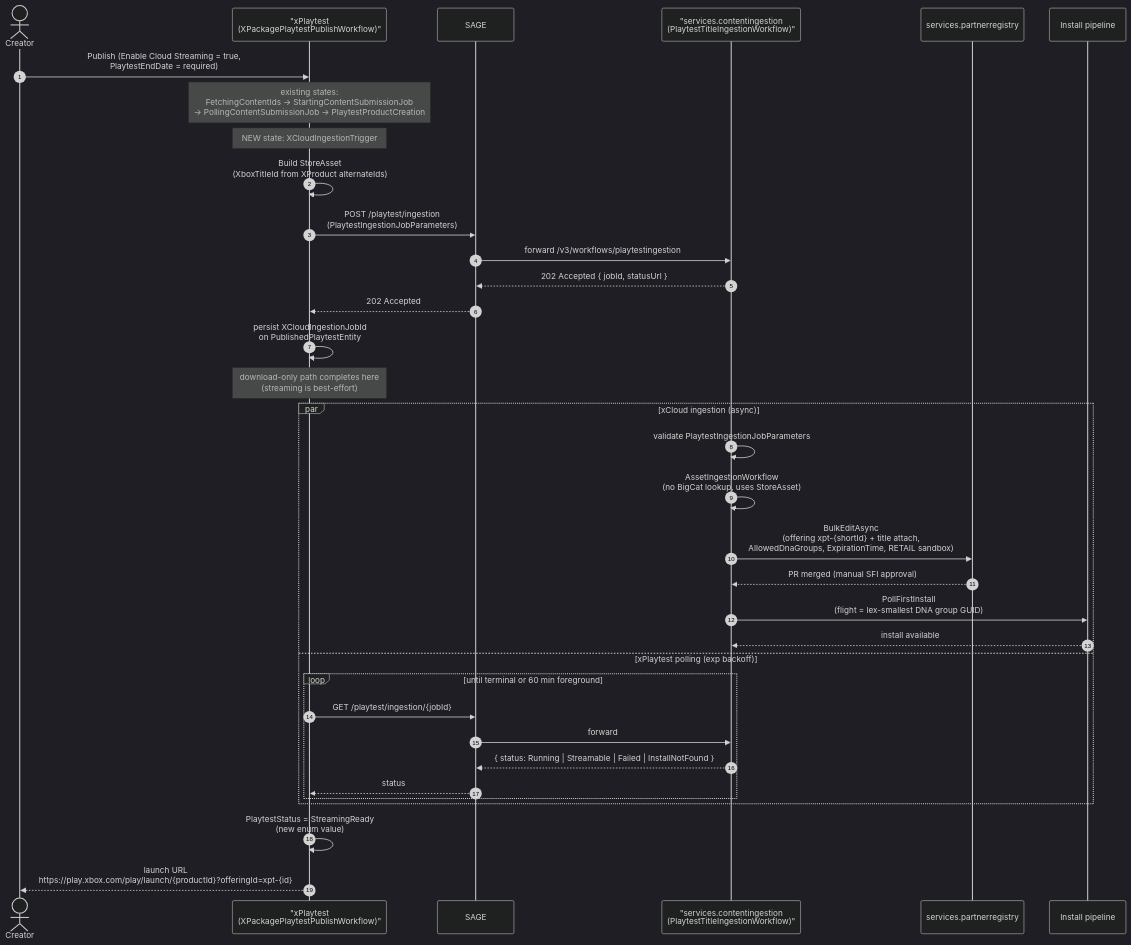
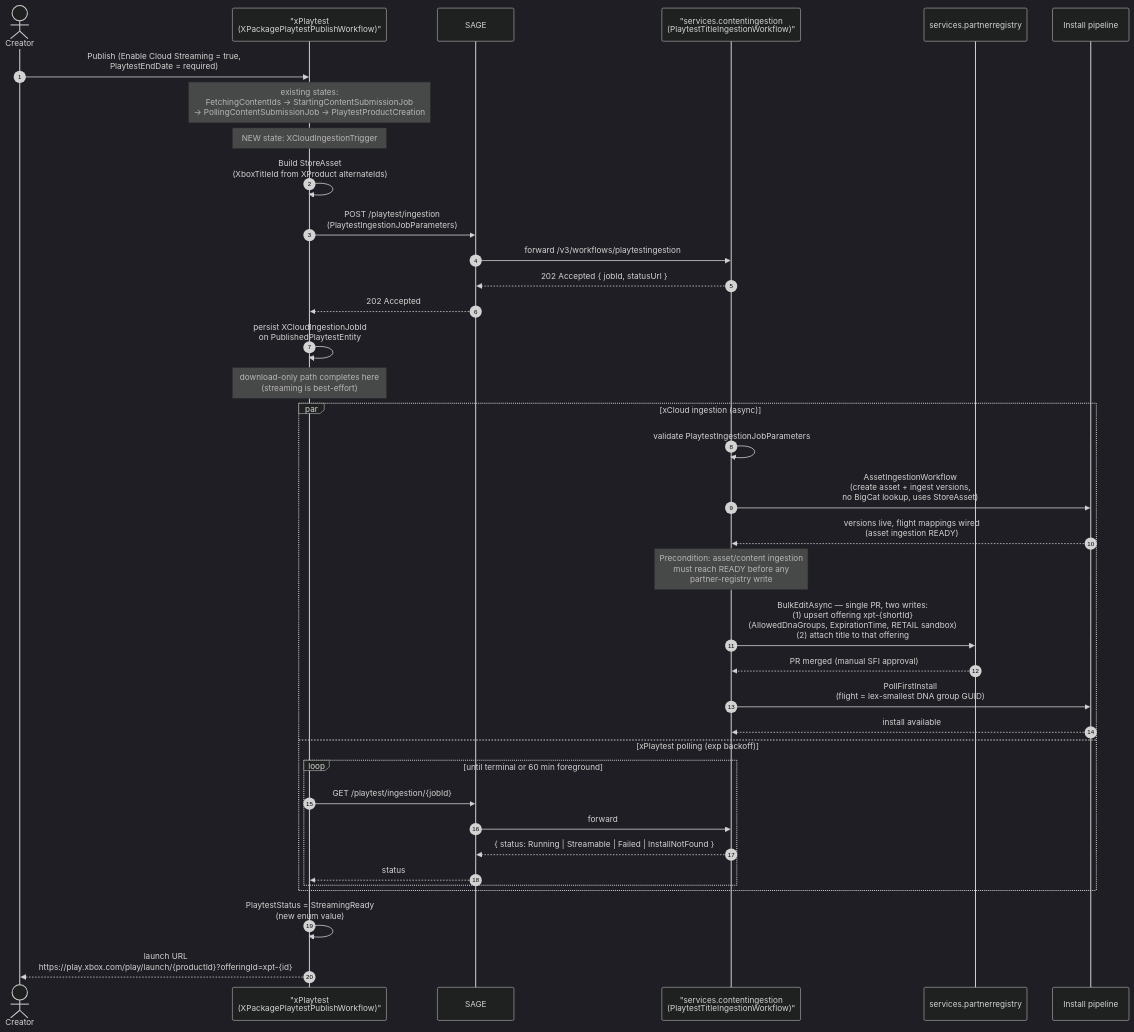
Before and after one commit to t-melanichen/cloud-playtest-implementation: the second of 8 diagrams in DIAGRAMS.md, drawn with Mermaid (dark theme). The commit also changed 1 other file, not shown here.

````diff
--- a/DIAGRAMS.md
+++ b/DIAGRAMS.md
@@ -46,42 +46,44 @@
 ```mermaid
 sequenceDiagram
     autonumber
     actor Creator
     participant XPT as "xPlaytest<br/>(XPackagePlaytestPublishWorkflow)"
     participant SAGE
     participant CI as "services.contentingestion<br/>(PlaytestTitleIngestionWorkflow)"
     participant PR as services.partnerregistry
     participant SUCU as Install pipeline
 
     Creator->>XPT: Publish (Enable Cloud Streaming = true,<br/>PlaytestEndDate = required)
     Note over XPT: existing states:<br/>FetchingContentIds → StartingContentSubmissionJob<br/>→ PollingContentSubmissionJob → PlaytestProductCreation
     Note over XPT: NEW state: XCloudIngestionTrigger
 
     XPT->>XPT: Build StoreAsset<br/>(XboxTitleId from XProduct alternateIds)
     XPT->>SAGE: POST /playtest/ingestion<br/>(PlaytestIngestionJobParameters)
     SAGE->>CI: forward /v3/workflows/playtestingestion
     CI-->>SAGE: 202 Accepted { jobId, statusUrl }
     SAGE-->>XPT: 202 Accepted
 
     XPT->>XPT: persist XCloudIngestionJobId<br/>on PublishedPlaytestEntity
     Note over XPT: download-only path completes here<br/>(streaming is best-effort)
 
     par xCloud ingestion (async)
         CI->>CI: validate PlaytestIngestionJobParameters
-        CI->>CI: AssetIngestionWorkflow<br/>(no BigCat lookup, uses StoreAsset)
-        CI->>PR: BulkEditAsync<br/>(offering xpt-{shortId} + title attach,<br/>AllowedDnaGroups, ExpirationTime, RETAIL sandbox)
+        CI->>SUCU: AssetIngestionWorkflow<br/>(create asset + ingest versions,<br/>no BigCat lookup, uses StoreAsset)
+        SUCU-->>CI: versions live, flight mappings wired<br/>(asset ingestion READY)
+        Note over CI: Precondition: asset/content ingestion<br/>must reach READY before any<br/>partner-registry write
+        CI->>PR: BulkEditAsync — single PR, two writes:<br/>(1) upsert offering xpt-{shortId}<br/>(AllowedDnaGroups, ExpirationTime, RETAIL sandbox)<br/>(2) attach title to that offering
         PR-->>CI: PR merged (manual SFI approval)
         CI->>SUCU: PollFirstInstall<br/>(flight = lex-smallest DNA group GUID)
         SUCU-->>CI: install available
     and xPlaytest polling (exp backoff)
         loop until terminal or 60 min foreground
             XPT->>SAGE: GET /playtest/ingestion/{jobId}
             SAGE->>CI: forward
             CI-->>SAGE: { status: Running | Streamable | Failed | InstallNotFound }
             SAGE-->>XPT: status
         end
     end
 
     XPT->>XPT: PlaytestStatus = StreamingReady<br/>(new enum value)
     XPT-->>Creator: launch URL<br/>https://play.xbox.com/play/launch/{productId}?offeringId=xpt-{id}
 ```
````
